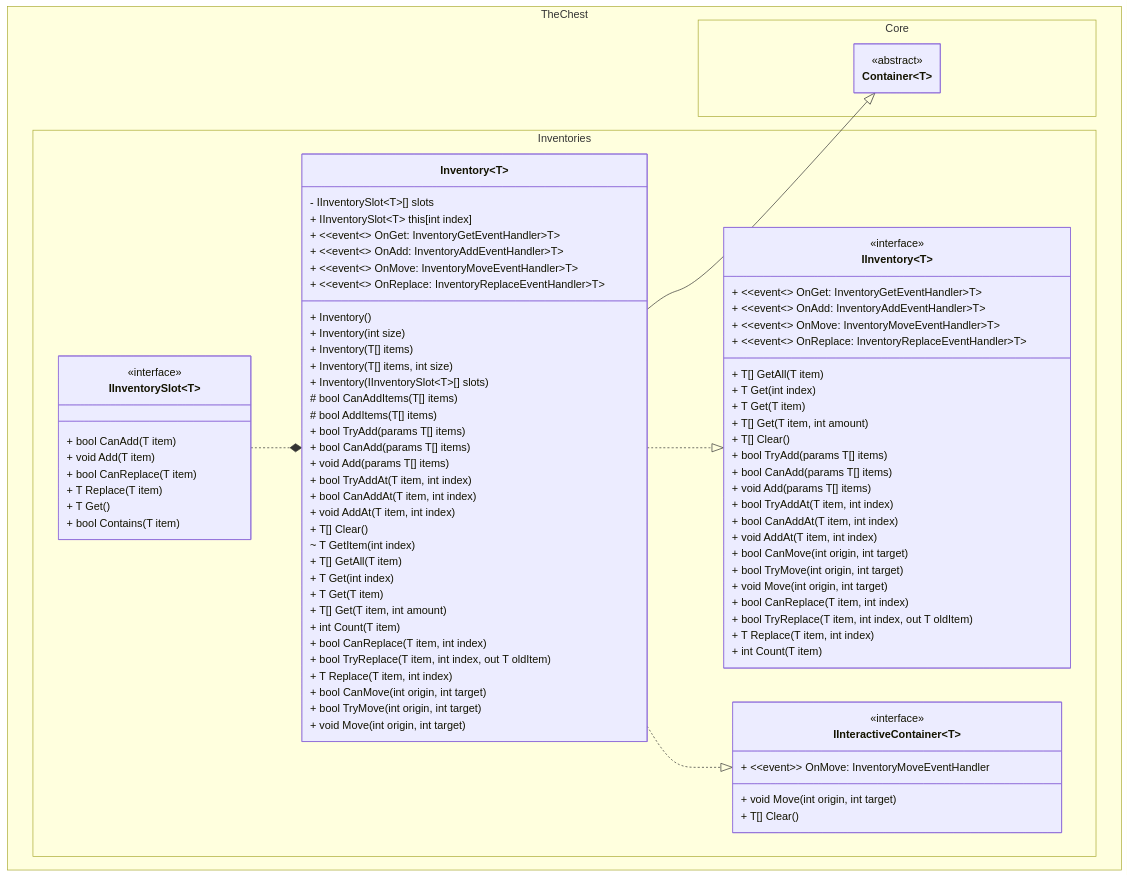
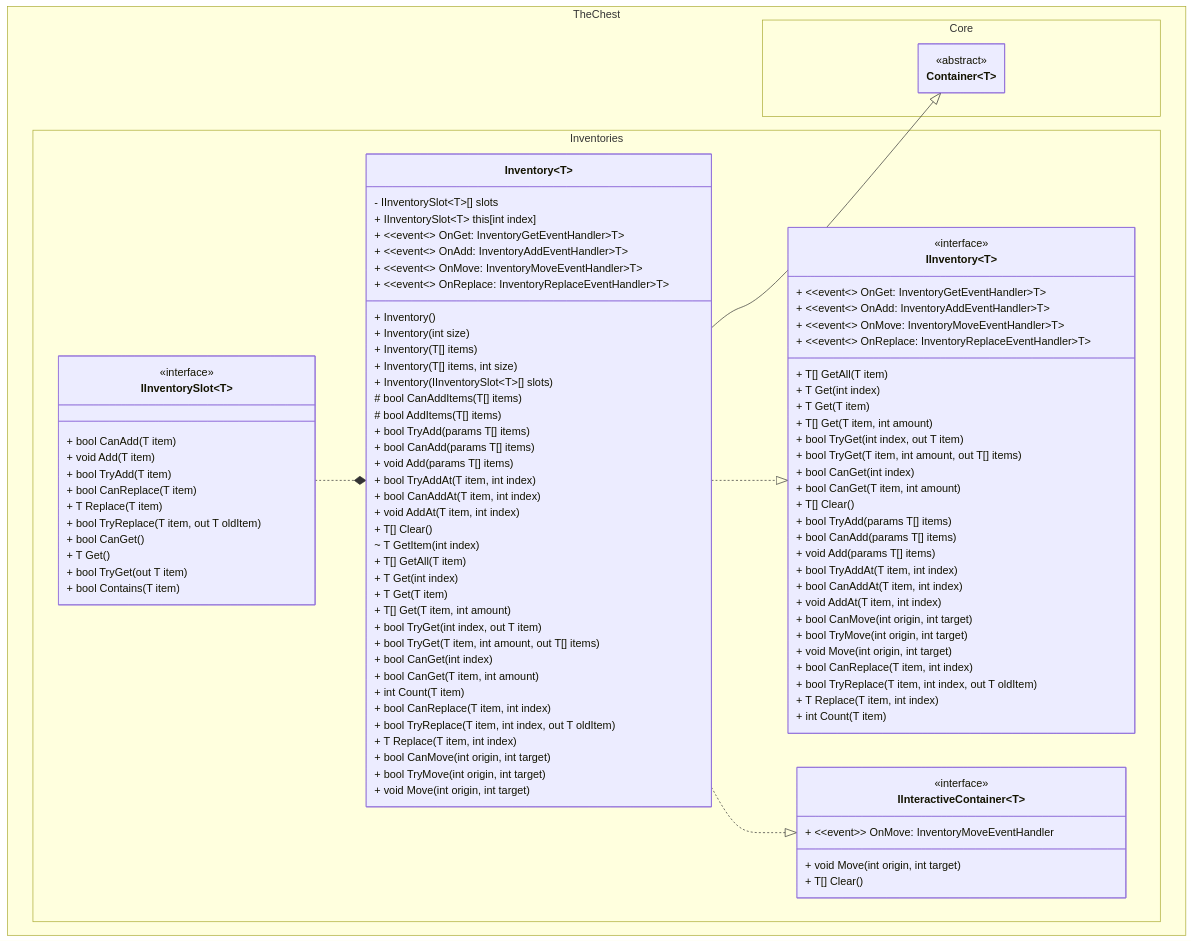
One commit to The-Chest/TheChest.Inventories changed the first of 2 diagrams in docs/inventory/class_diagram.md. Above: the diagram before and after it, drawn with Mermaid. The commit also changed other lines of this file and 28 other files, not shown here.

First line of the commit message:
Adds TryGet and CanGet methods to IInventory classes

```diff
--- a/docs/inventory/class_diagram.md
+++ b/docs/inventory/class_diagram.md
@@ -26,6 +26,10 @@
 	        + T Get(int index)
 	        + T Get(T item)
 	        + T[] Get(T item, int amount)
+			+ bool TryGet(int index, out T item)
+			+ bool TryGet(T item, int amount, out T[] items)
+			+ bool CanGet(int index)
+			+ bool CanGet(T item, int amount)
 
 	        + T[] Clear()
 
@@ -50,11 +54,16 @@
         class IInventorySlot~T~ {
 	        + bool CanAdd(T item)
 	        + void Add(T item)
+			+ bool TryAdd(T item)
 
 			+ bool CanReplace(T item)
 	        + T Replace(T item)
+			+ bool TryReplace(T item, out T oldItem)
 
+			+ bool CanGet()
 	        + T Get()
+			+ bool TryGet(out T item)
+
 	        + bool Contains(T item)
         }
         class Inventory~T~ {
@@ -89,6 +98,10 @@
 	        + T Get(int index)
 	        + T Get(T item)
 	        + T[] Get(T item, int amount)
+			+ bool TryGet(int index, out T item)
+			+ bool TryGet(T item, int amount, out T[] items)
+			+ bool CanGet(int index)
+			+ bool CanGet(T item, int amount)
 
 	        + int Count(T item)
 
```
